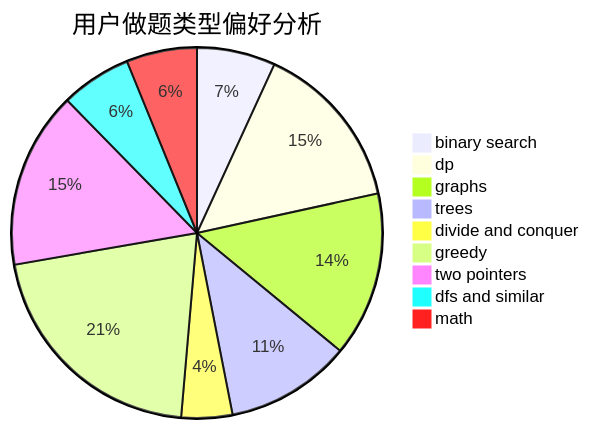
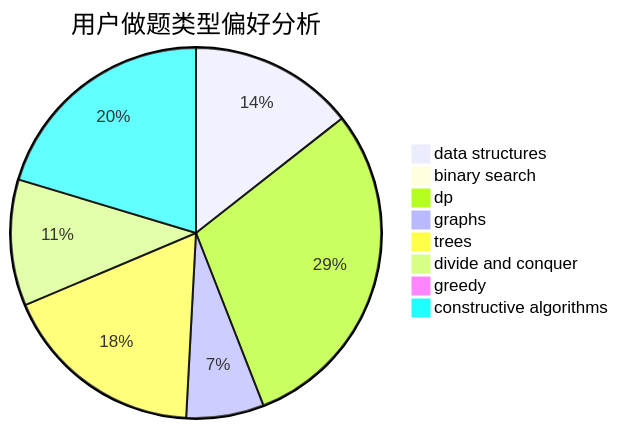
Before and after one commit to sherpahu/cfrs.github.io: the second of 3 diagrams in docs/user/u2502.md, drawn with Mermaid. The commit also changed other lines of this file and 2775 other files, not shown here.

````diff
--- a/docs/user/u2502.md
+++ b/docs/user/u2502.md
@@ -23,12 +23,11 @@
 ```mermaid
 pie title 用户做题类型偏好分析
-    "binary search" :  20
-    "dp" :  43
-    "graphs" :  42
-    "trees" :  32
+    "data structures" :  17
+    "binary search" :  1
+    "dp" :  35
+    "graphs" :  8
+    "trees" :  21
     "divide and conquer" :  13
-    "greedy" :  61
-    "two pointers" :  45
-    "dfs and similar" :  18
-    "math" :  18
+    "greedy" :  1
+    "constructive algorithms" :  24
 ```
````
